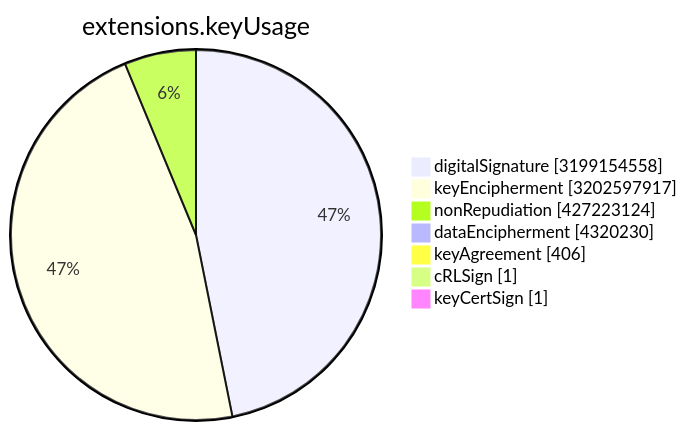
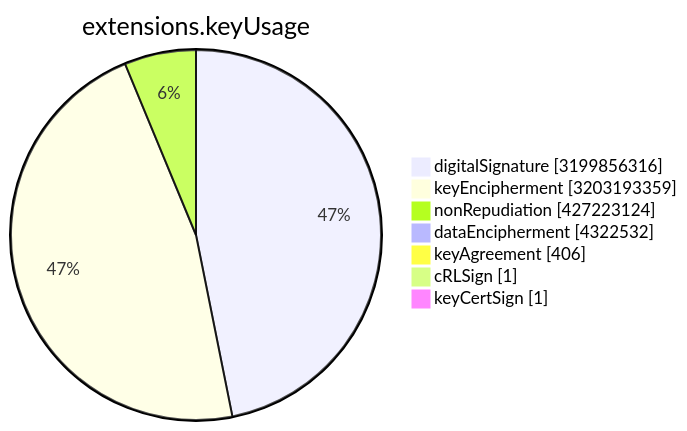
The sixth of 15 diagrams in TOTAL/README.md (christiankrug/ctmonitor_visualization), drawn with Mermaid before and after one commit. The commit also changed other lines of this file, not shown here.

````diff
--- a/TOTAL/README.md
+++ b/TOTAL/README.md
@@ -3077,11 +3077,11 @@
 ```mermaid
 pie showData
 title extensions.keyUsage
-"digitalSignature" :3199154558
-"keyEncipherment" :3202597917
+"digitalSignature" :3199856316
+"keyEncipherment" :3203193359
 "nonRepudiation" :427223124
-"dataEncipherment" :4320230
+"dataEncipherment" :4322532
 "keyAgreement" :406
 "cRLSign" :1
 "keyCertSign" :1
 ```
````
